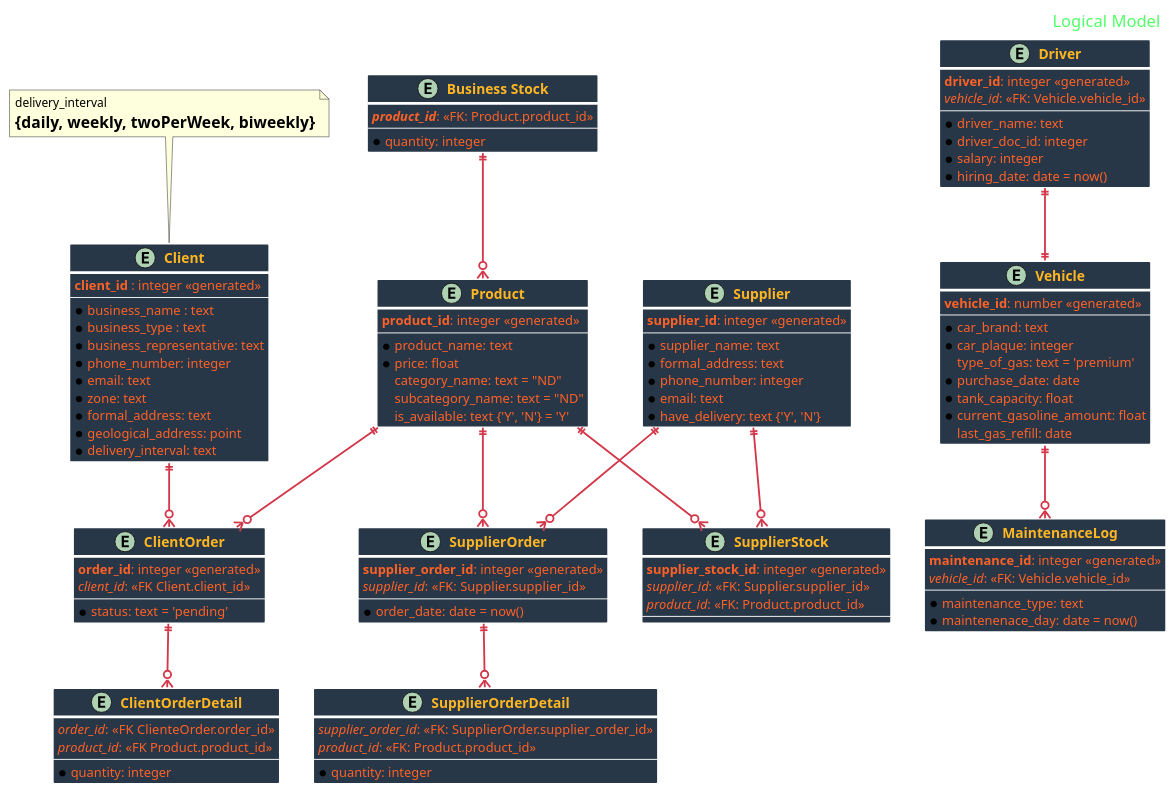
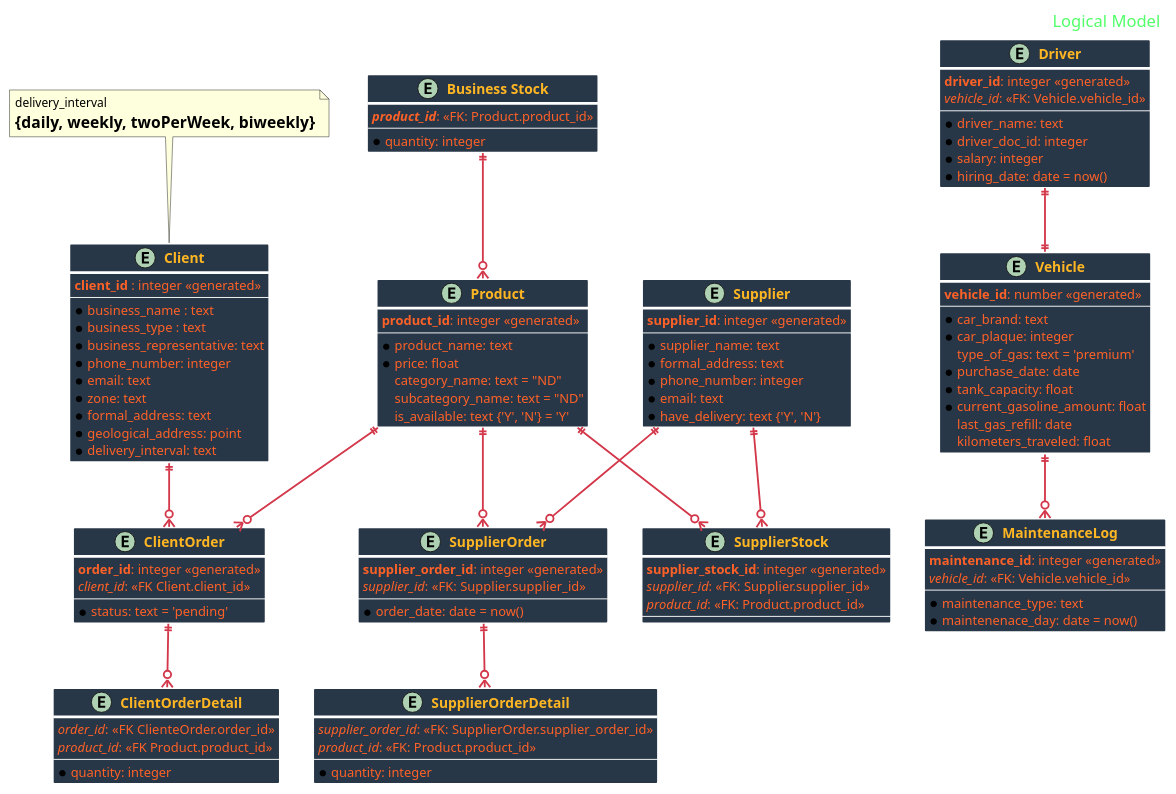
The diagram in logical_diagram.puml (hros19/CorreCaminos-management-system), drawn with PlantUML before and after one commit.

```diff
--- a/logical_diagram.puml
+++ b/logical_diagram.puml
@@ -1,146 +1,147 @@
 @startuml Logical Database Model
 
 skinparam BackgroundColor transparent
 
 skinparam HeaderFontColor #52FF69
 skinparam HeaderFontSize 18
 
 skinparam ArrowFontSize 15
 skinparam ArrowColor D3374A
 skinparam ArrowThickness 2
 skinparam ArrowFontColor #3FD0C4
 
 skinparam ClassBorderColor white
 skinparam ClassBorderThickness 3
 skinparam ClassAttributeFontSize 14
 skinparam ClassAttributeFontColor FF6127
 skinparam ClassBackgroundColor #283747
 skinparam ClassFontSize 15
 skinparam ClassFontStyle Bold
 skinparam ClassFontColor #FFB623
 
 
 header Logical Model
 
 entity "Client" as Client {
   **client_id** : integer <<generated>>
   --
   *business_name : text
   *business_type : text
   *business_representative: text
   *phone_number: integer
   *email: text
   *zone: text
   *formal_address: text
   *geological_address: point
   *delivery_interval: text
 }
 note top
   delivery_interval 
   = {daily, weekly, twoPerWeek, biweekly}
 end note
 
 entity "Vehicle" as Vehicle {
     **vehicle_id**: number <<generated>>
     --
     *car_brand: text
     *car_plaque: integer
     type_of_gas: text = 'premium'
     *purchase_date: date
     *tank_capacity: float
     *current_gasoline_amount: float
     last_gas_refill: date
+    kilometers_traveled: float
 }
 
 entity "MaintenanceLog" as MaintenanceLog {
     **maintenance_id**: integer <<generated>>
      //vehicle_id//: <<FK: Vehicle.vehicle_id>> 
     --
     *maintenance_type: text
     *maintenenace_day: date = now()
 }
 
 entity "Driver" as Driver {
     **driver_id**: integer <<generated>>
     //vehicle_id//: <<FK: Vehicle.vehicle_id>>
     --
     *driver_name: text
     *driver_doc_id: integer
     *salary: integer
     *hiring_date: date = now()
 }
 
 entity "ClientOrder" as OrderC{
     **order_id**: integer <<generated>>
     //client_id//: <<FK Client.client_id>>
     --
     *status: text = 'pending'
 }
 
 entity "ClientOrderDetail" as OrderDetail {
     //order_id//: <<FK ClienteOrder.order_id>>
     //product_id//: <<FK Product.product_id>>
     --
     *quantity: integer
 }
 
 entity "Business Stock" as BusinessStock {
     **//product_id//**: <<FK: Product.product_id>>
     --
     *quantity: integer
 }
 
 entity "Supplier" as Supplier {
     **supplier_id**: integer <<generated>>
     --
     *supplier_name: text
     *formal_address: text
     *phone_number: integer
     *email: text
     *have_delivery: text {'Y', 'N'}
 }
 
 entity "Product" as Product {
     **product_id**: integer <<generated>>
     --
     *product_name: text
     *price: float
     category_name: text = "ND"
     subcategory_name: text = "ND"
     is_available: text {'Y', 'N'} = 'Y'
 }
 
 entity "SupplierStock" as SupplierStock {
     **supplier_stock_id**: integer <<generated>>
     //supplier_id//: <<FK: Supplier.supplier_id>>
     //product_id//: <<FK: Product.product_id>>
     --
 }
 
 entity "SupplierOrder" as SupplierOrder {
     **supplier_order_id**: integer <<generated>>
     //supplier_id//: <<FK: Supplier.supplier_id>>
     --
    *order_date: date = now()
 }
 
 entity "SupplierOrderDetail" as SupplierOrderDetail {
     //supplier_order_id//: <<FK: SupplierOrder.supplier_order_id>>
     //product_id//: <<FK: Product.product_id>>
     --
     *quantity: integer
 }
 
 Driver ||--|| Vehicle
 Vehicle ||--o{ MaintenanceLog
 Client ||--o{ OrderC
 Product ||--o{ OrderC
 OrderC ||--o{ OrderDetail
 Supplier ||--o{ SupplierOrder
 Supplier ||--o{ SupplierStock
 Product ||--o{ SupplierStock
 Product ||--o{ SupplierOrder
 BusinessStock ||--o{ Product
 SupplierOrder ||--o{  SupplierOrderDetail
 
 @enduml
```
